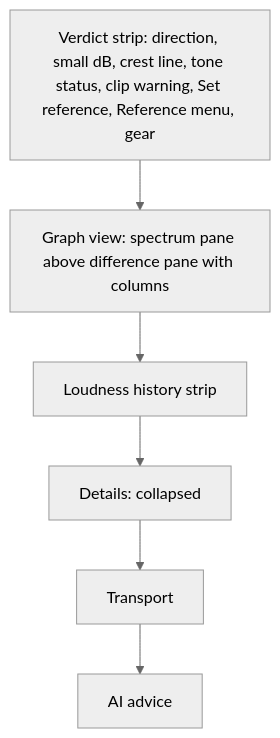
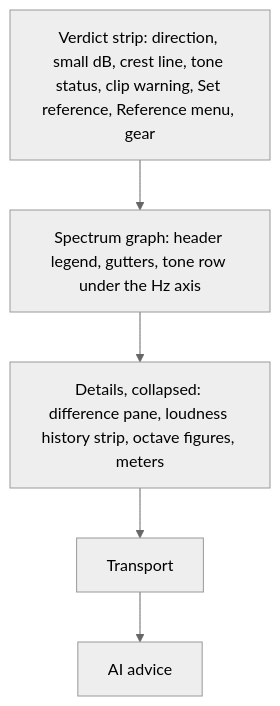
Before and after one commit to kyxap1/spectrum-analyzer: the third of 4 diagrams in docs/plans/2026-10-06-1341-feat-levels-verdict-plan.md, drawn with Mermaid (neutral theme). The commit also changed other lines of this file, not shown here.

First line of the commit message:
docs: record the graph rework decisions in the levels verdict plan

````diff
--- a/docs/plans/2026-10-06-1341-feat-levels-verdict-plan.md
+++ b/docs/plans/2026-10-06-1341-feat-levels-verdict-plan.md
@@ -229,10 +231,9 @@
 ```mermaid
 flowchart TB
   S[Verdict strip: direction, small dB, crest line, tone status, clip warning, Set reference, Reference menu, gear]
-  G[Graph view: spectrum pane above difference pane with columns]
-  H[Loudness history strip]
-  D[Details: collapsed]
+  G[Spectrum graph: header legend, gutters, tone row under the Hz axis]
+  D[Details, collapsed: difference pane, loudness history strip, octave figures, meters]
   T[Transport]
   A[AI advice]
-  S --> G --> H --> D --> T --> A
+  S --> G --> D --> T --> A
 ```
````
